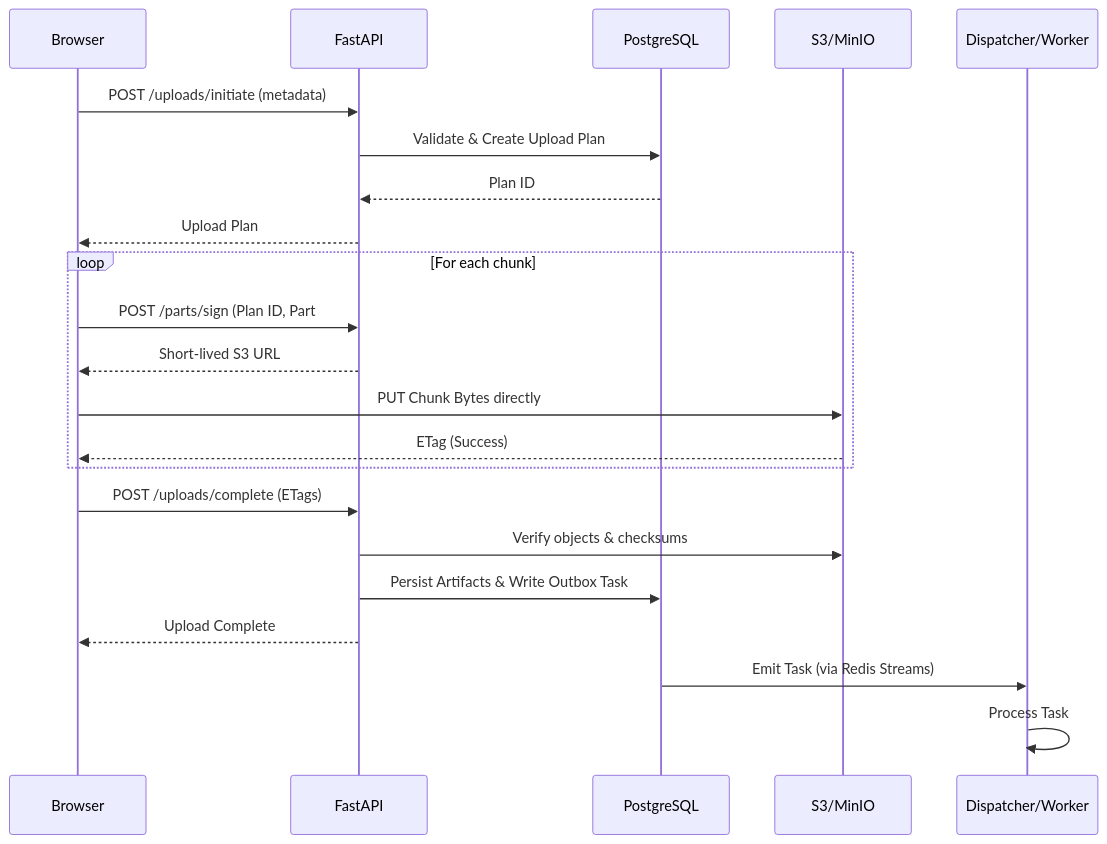
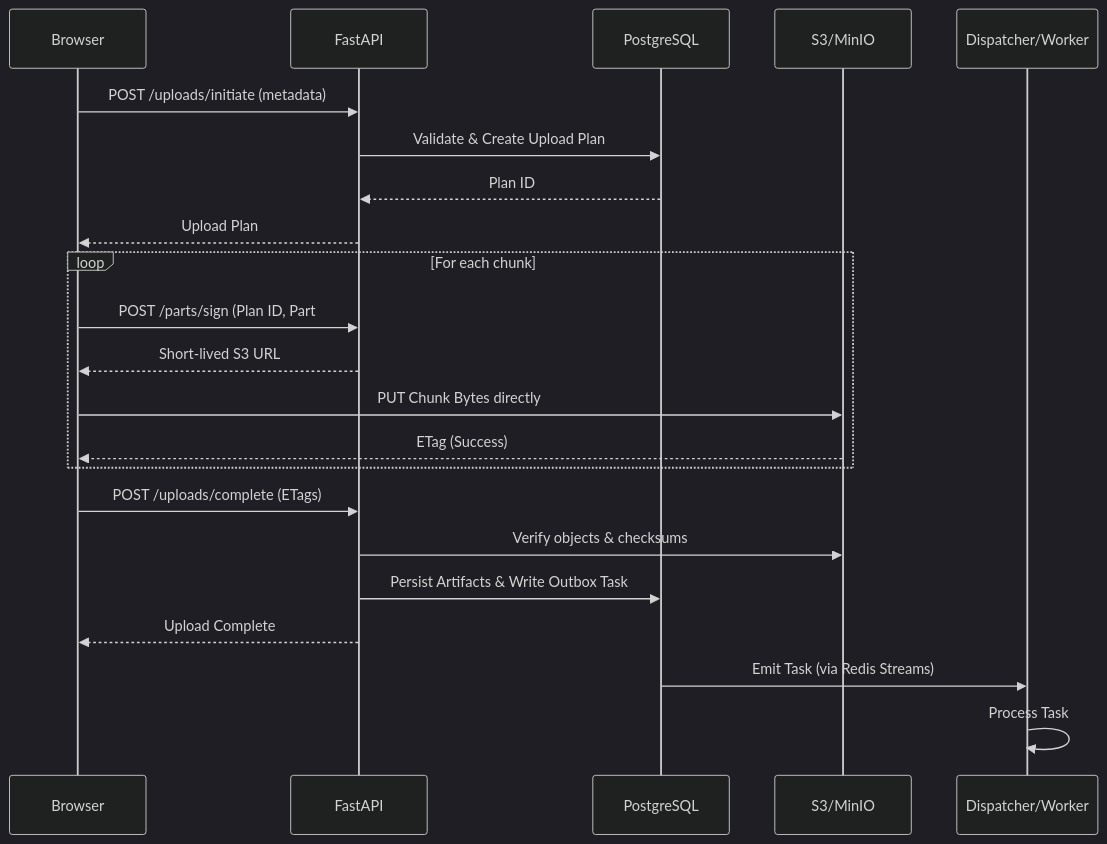
One commit to Trivo121/Raikou changed the third of 4 diagrams in README.md. Above: the diagram before and after it, drawn with Mermaid. The commit also changed other lines of this file, not shown here.

Commit message:
Update Mermaid diagram styles in README

````diff
--- a/README.md
+++ b/README.md
@@ -153,28 +155,29 @@
 ```mermaid
+%%{init: {'theme': 'dark', 'themeVariables': { 'fontFamily': 'ui-sans-serif, system-ui, -apple-system, sans-serif'}}}%%
 sequenceDiagram
     participant B as Browser
     participant API as FastAPI
     participant DB as PostgreSQL
     participant S3 as S3/MinIO
     participant W as Dispatcher/Worker
 
     B->>API: POST /uploads/initiate (metadata)
     API->>DB: Validate & Create Upload Plan
     DB-->>API: Plan ID
     API-->>B: Upload Plan
 
     loop For each chunk
         B->>API: POST /parts/sign (Plan ID, Part #)
         API-->>B: Short-lived S3 URL
         B->>S3: PUT Chunk Bytes directly
         S3-->>B: ETag (Success)
     end
 
     B->>API: POST /uploads/complete (ETags)
     API->>S3: Verify objects & checksums
     API->>DB: Persist Artifacts & Write Outbox Task
     API-->>B: Upload Complete
     
     DB->>W: Emit Task (via Redis Streams)
     W->>W: Process Task
 ```
````
